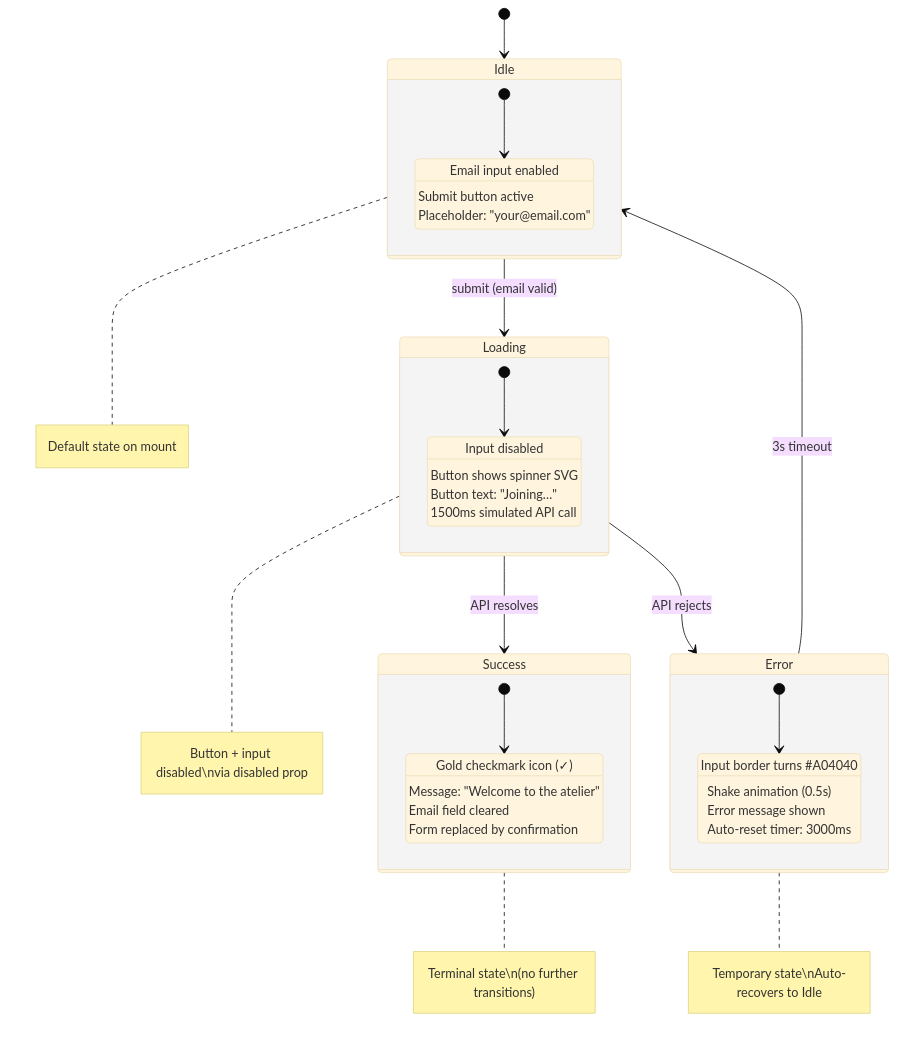
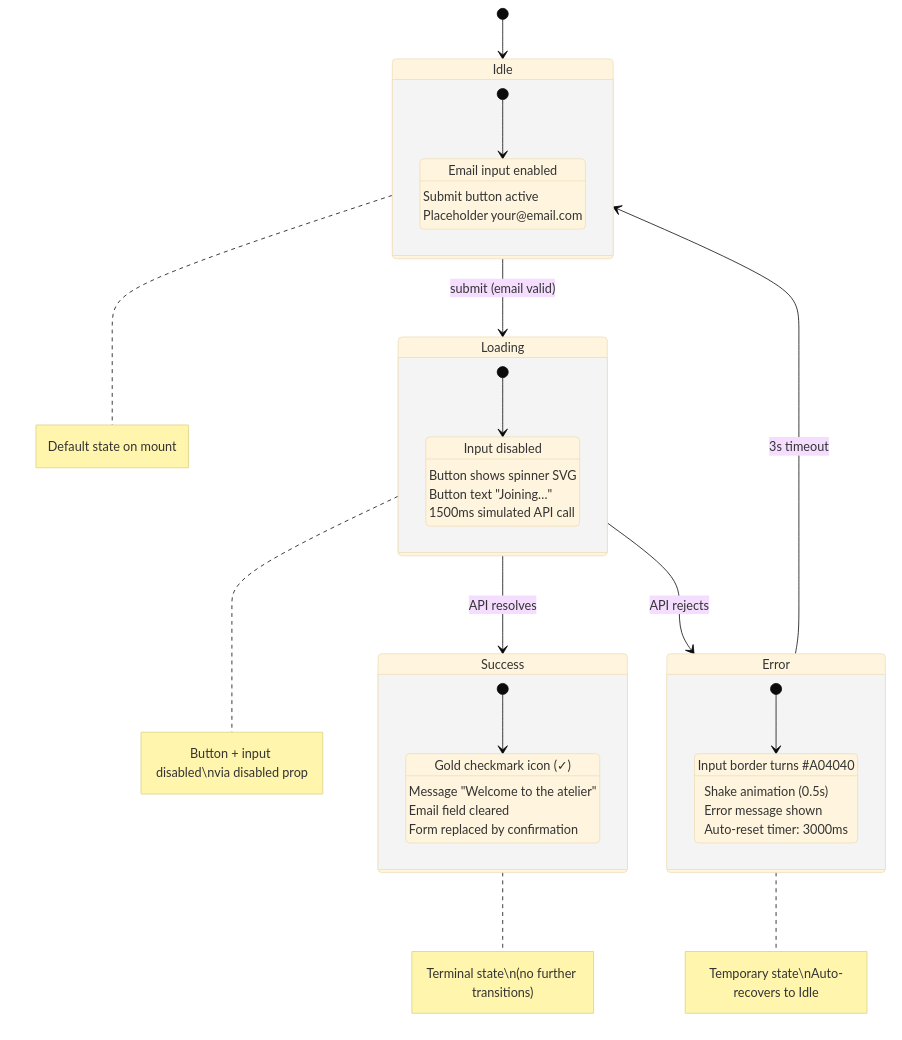
Before and after one commit to nordeim/L-Artisan-Baking-Atelier: the third of 4 diagrams in README.md, drawn with Mermaid (base theme). The commit also changed 3 other files, not shown here.

````diff
--- a/README.md
+++ b/README.md
@@ -365,45 +365,45 @@
 ```mermaid
 stateDiagram-v2
     [*] --> Idle
 
     state Idle {
         [*] --> InputEnabled
         InputEnabled: Email input enabled
         InputEnabled: Submit button active
-        InputEnabled: Placeholder: "your@email.com"
+        InputEnabled: Placeholder your@email.com
     }
 
     state Loading {
         [*] --> Processing
         Processing: Input disabled
         Processing: Button shows spinner SVG
-        Processing: Button text: "Joining…"
+        Processing: Button text "Joining…"
         Processing: 1500ms simulated API call
     }
 
     state Success {
         [*] --> Confirmed
         Confirmed: Gold checkmark icon (✓)
-        Confirmed: Message: "Welcome to the atelier"
+        Confirmed: Message "Welcome to the atelier"
         Confirmed: Email field cleared
         Confirmed: Form replaced by confirmation
     }
 
     state Error {
         [*] --> Failed
         Failed: Input border turns #A04040
         Failed: Shake animation (0.5s)
         Failed: Error message shown
         Failed: Auto-reset timer: 3000ms
     }
 
     Idle --> Loading : submit (email valid)
     Loading --> Success : API resolves
     Loading --> Error : API rejects
     Error --> Idle : 3s timeout
 
     note right of Idle : Default state on mount
     note right of Loading : Button + input disabled\nvia disabled prop
     note right of Success : Terminal state\n(no further transitions)
     note right of Error : Temporary state\nAuto-recovers to Idle
 ```
````
